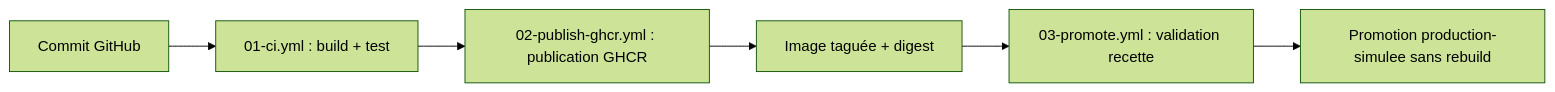
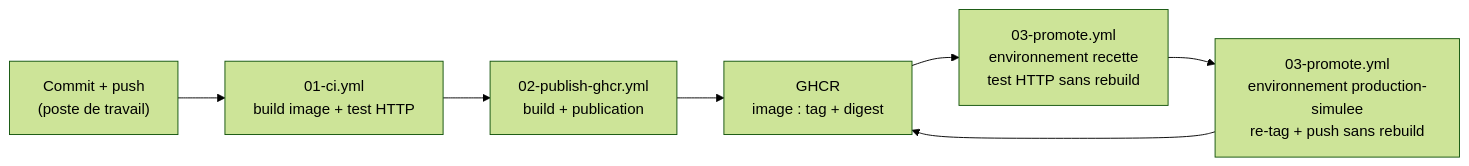
The diagram in docs/02-schema-chaine-cicd.md (Lemigrant09/catal-log-ec06), drawn with Mermaid (forest theme) before and after one commit. The commit also changed other lines of this file, not shown here.

````diff
--- a/docs/02-schema-chaine-cicd.md
+++ b/docs/02-schema-chaine-cicd.md
@@ -5,8 +15,9 @@
 ```mermaid
 flowchart LR
-    A[Commit GitHub] --> B[01-ci.yml : build + test]
-    B --> C[02-publish-ghcr.yml : publication GHCR]
-    C --> D[Image taguée + digest]
-    D --> E[03-promote.yml : validation recette]
-    E --> F[Promotion production-simulee sans rebuild]
+    A["Commit + push<br/>(poste de travail)"] --> B["01-ci.yml<br/>build image + test HTTP"]
+    B --> C["02-publish-ghcr.yml<br/>build + publication"]
+    C --> D["GHCR<br/>image : tag + digest"]
+    D --> E["03-promote.yml<br/>environnement recette<br/>test HTTP sans rebuild"]
+    E --> F["03-promote.yml<br/>environnement production-simulee<br/>re-tag + push sans rebuild"]
+    F --> D
 ```
````
